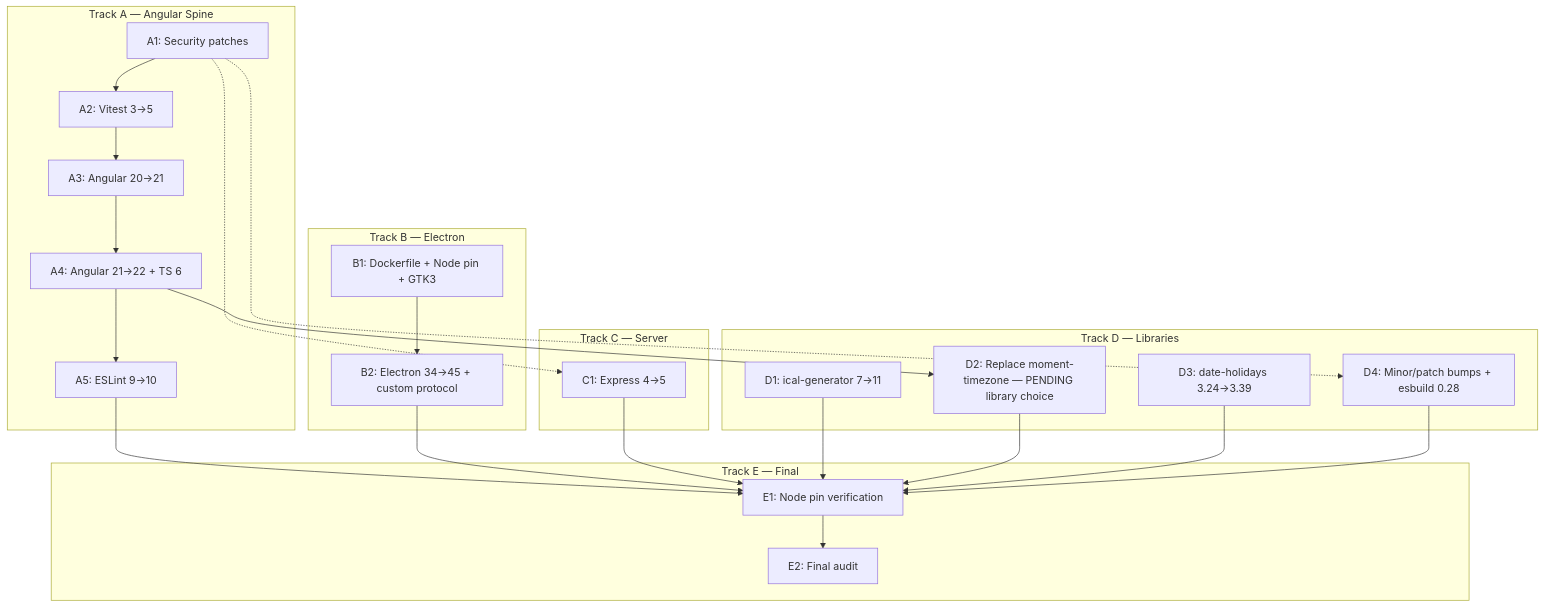
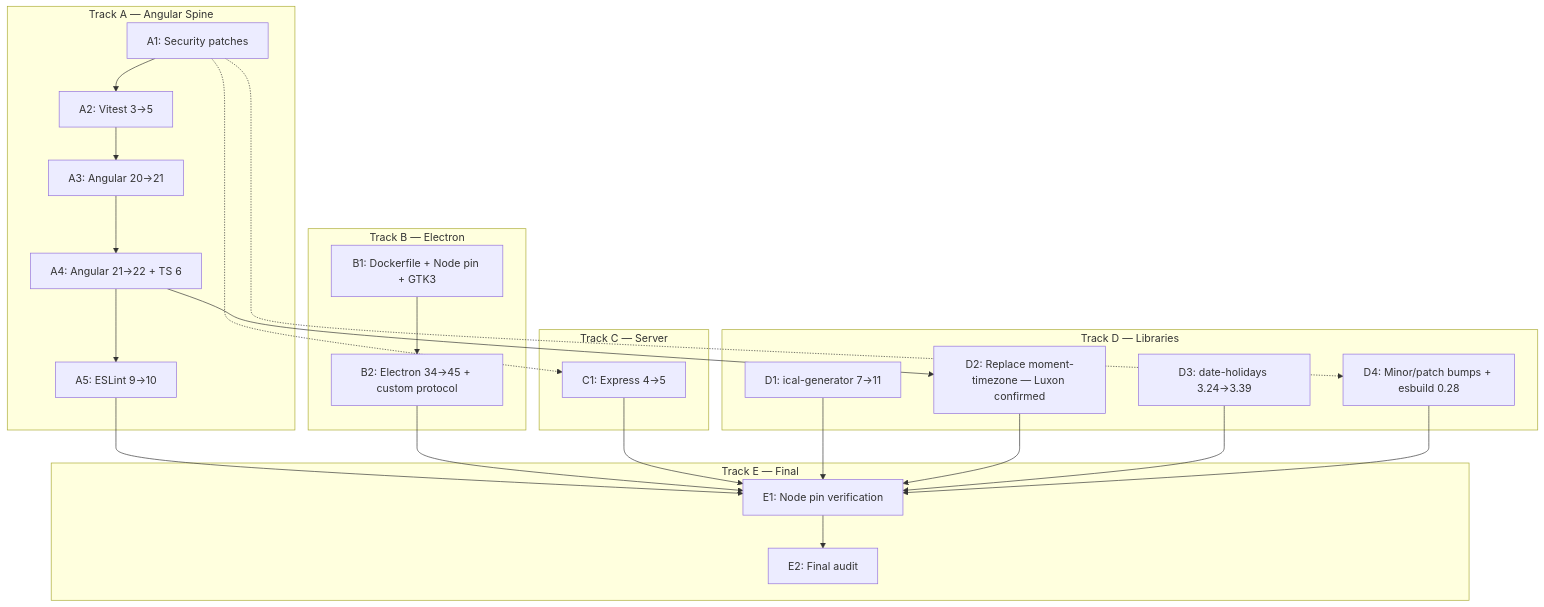
Before and after one commit to viegelinsch/duely: the diagram in docs/TODO_UPGRADES.md, drawn with Mermaid. The commit also changed other lines of this file and 4 other files, not shown here.

````diff
--- a/docs/TODO_UPGRADES.md
+++ b/docs/TODO_UPGRADES.md
@@ -333,41 +359,41 @@
 ```mermaid
 graph TD
     subgraph "Track A — Angular Spine"
         A1[A1: Security patches] --> A2[A2: Vitest 3→5]
         A2 --> A3[A3: Angular 20→21]
         A3 --> A4[A4: Angular 21→22 + TS 6]
         A4 --> A5[A5: ESLint 9→10]
     end
 
     subgraph "Track B — Electron"
         B1[B1: Dockerfile + Node pin + GTK3] --> B2[B2: Electron 34→45 + custom protocol]
     end
 
     subgraph "Track C — Server"
         C1[C1: Express 4→5]
     end
 
     subgraph "Track D — Libraries"
         D1[D1: ical-generator 7→11]
-        D2[D2: Replace moment-timezone — PENDING library choice]
+        D2[D2: Replace moment-timezone — Luxon confirmed]
         D3[D3: date-holidays 3.24→3.39]
         D4[D4: Minor/patch bumps + esbuild 0.28]
     end
 
     subgraph "Track E — Final"
         E1[E1: Node pin verification]
         E2[E2: Final audit]
     end
 
     A1 -.-> C1
     A1 -.-> D4
     A4 --> D2
     A5 --> E1
     B2 --> E1
     C1 --> E1
     D1 --> E1
     D2 --> E1
     D3 --> E1
     D4 --> E1
     E1 --> E2
 ```
````
